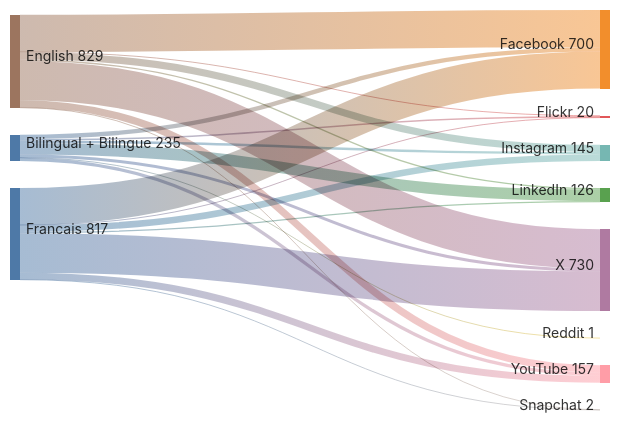
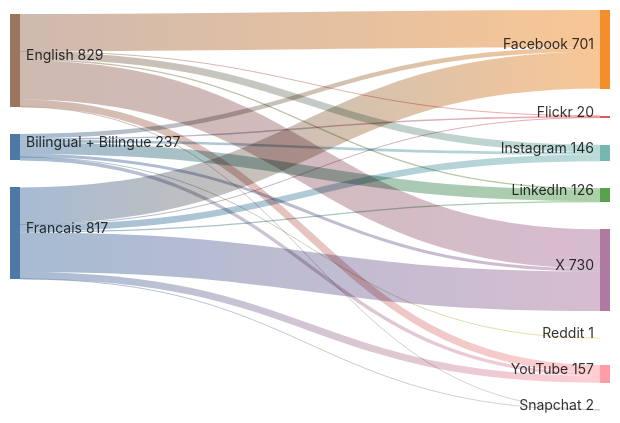
One commit to PatLittle/GC-Socials changed the diagram in sankey_diagram.md. Above: the diagram before and after it, drawn with Mermaid.

Commit message:
Update Sankey diagram for the most recent day

````diff
--- a/sankey_diagram.md
+++ b/sankey_diagram.md
@@ -1,24 +1,24 @@
 ```mermaid
 sankey-beta
-  Bilingual + Bilingue,Facebook,39
+  Bilingual + Bilingue,Facebook,40
   Bilingual + Bilingue,Flickr,13
-  Bilingual + Bilingue,Instagram,22
+  Bilingual + Bilingue,Instagram,23
   Bilingual + Bilingue,LinkedIn,103
   Bilingual + Bilingue,Reddit,1
   Bilingual + Bilingue,X,27
   Bilingual + Bilingue,YouTube,30
   English,Facebook,332
   English,Flickr,4
   English,Instagram,64
   English,LinkedIn,12
   English,Snapchat,1
   English,X,351
   English,YouTube,65
   Francais,Facebook,329
   Francais,Flickr,3
   Francais,Instagram,59
   Francais,LinkedIn,11
   Francais,Snapchat,1
   Francais,X,352
   Francais,YouTube,62
 ```
````
